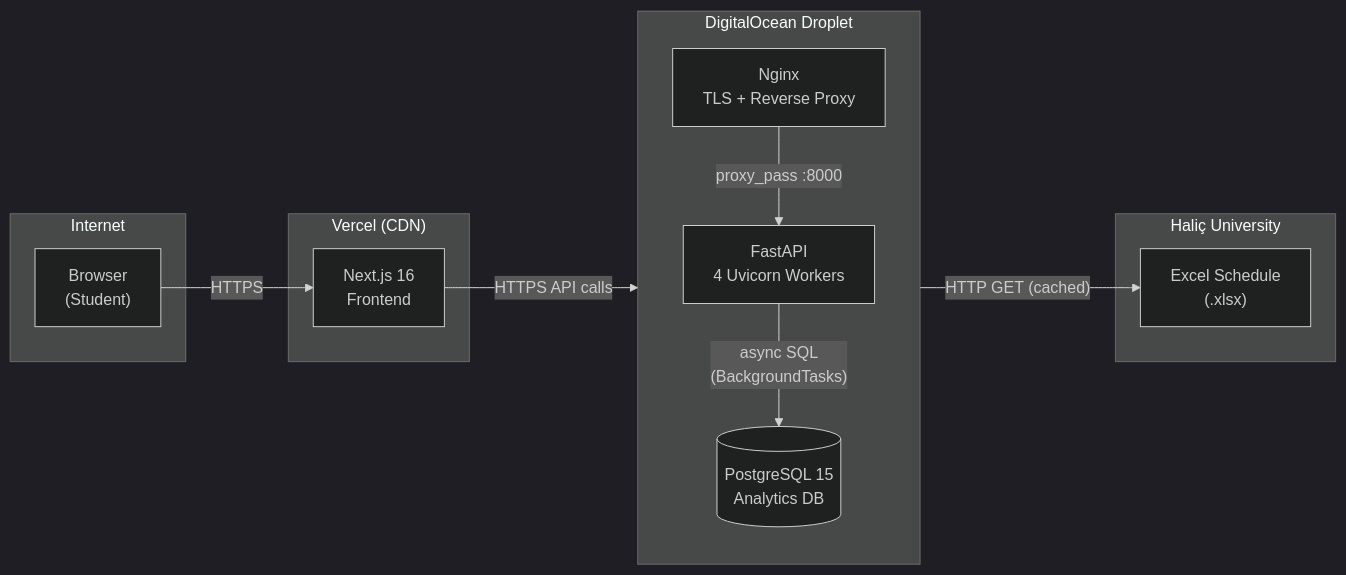
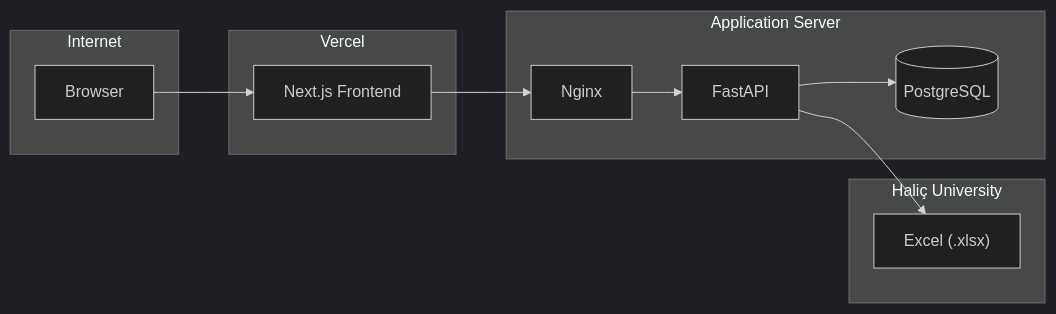
Before and after one commit to eftekin/halic-exam-genius-pro: the diagram in README.md, drawn with Mermaid (dark theme). The commit also changed other lines of this file and 1 other file, not shown here.

````diff
--- a/README.md
+++ b/README.md
@@ -45,27 +59,22 @@
 ```mermaid
 graph LR
     subgraph Internet
-        A["Browser<br/>(Student)"]
+        A["Browser"]
     end
-
-    subgraph Vercel["Vercel (CDN)"]
-        B["Next.js 16<br/>Frontend"]
+    subgraph Vercel["Vercel"]
+        B["Next.js Frontend"]
     end
-
-    subgraph DO["DigitalOcean Droplet"]
-        direction TB
-        C["Nginx<br/>TLS + Reverse Proxy"]
-        D["FastAPI<br/>4 Uvicorn Workers"]
-        E[("PostgreSQL 15<br/>Analytics DB")]
+    subgraph Server["Application Server"]
+        C["Nginx"]
+        D["FastAPI"]
+        E[("PostgreSQL")]
     end
-
     subgraph Halic["Haliç University"]
-        F["Excel Schedule<br/>(.xlsx)"]
+        F["Excel (.xlsx)"]
     end
-
-    A -- HTTPS --> B
-    B -- "HTTPS API calls" --> C
-    C -- "proxy_pass :8000" --> D
-    D -- "async SQL<br/>(BackgroundTasks)" --> E
-    D -- "HTTP GET (cached)" --> F
+    A --> B
+    B --> C
+    C --> D
+    D --> E
+    D --> F
 ```
````
